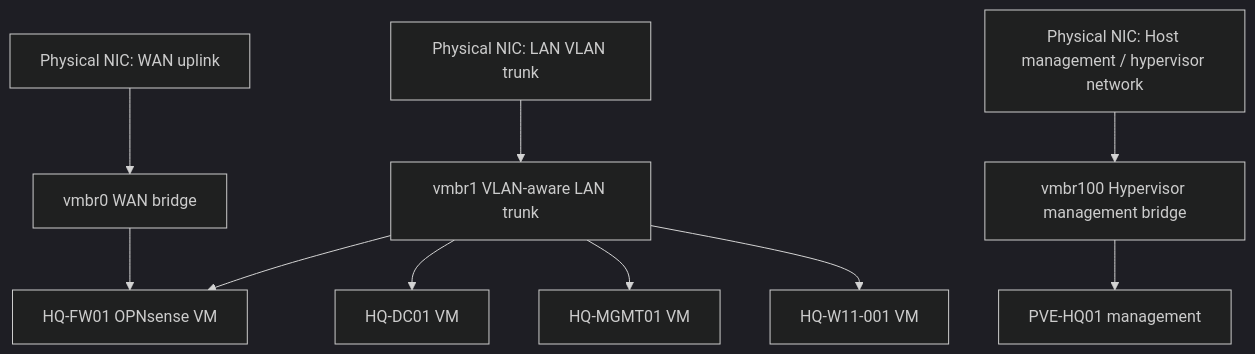
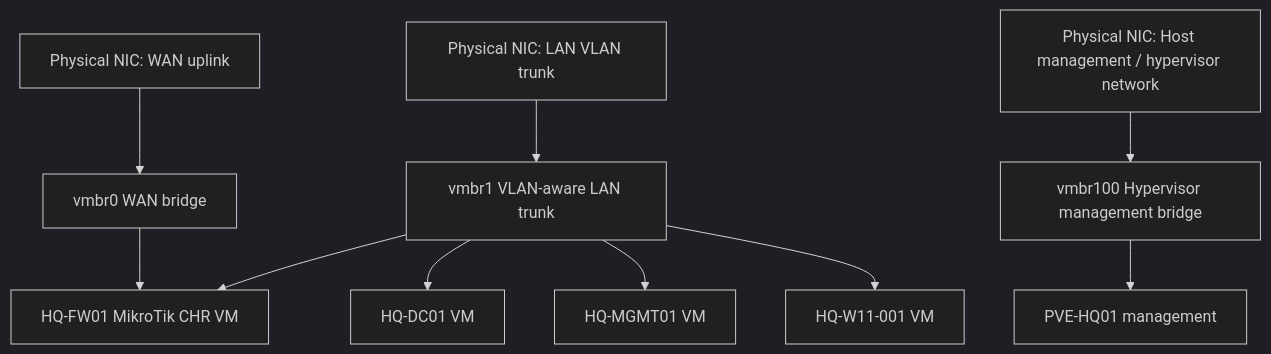
The first of 2 diagrams in docs/platform/proxmox-hq-foundation-lld.md (gntech-dev/geil-enterprise-docs), drawn with Mermaid (dark theme) before and after one commit. The commit also changed other lines of this file and 37 other files, not shown here.

````diff
--- a/docs/platform/proxmox-hq-foundation-lld.md
+++ b/docs/platform/proxmox-hq-foundation-lld.md
@@ -94,22 +94,22 @@
 ```mermaid
 flowchart TD
     NICWAN[Physical NIC: WAN uplink]
     NICTRUNK[Physical NIC: LAN VLAN trunk]
     NICMGMT[Physical NIC: Host management / hypervisor network]
     vmbr0[vmbr0 WAN bridge]
     vmbr1[vmbr1 VLAN-aware LAN trunk]
     vmbr100[vmbr100 Hypervisor management bridge]
-    FW[HQ-FW01 OPNsense VM]
+    FW[HQ-FW01 MikroTik CHR VM]
     DC[HQ-DC01 VM]
     MGMT[HQ-MGMT01 VM]
     W11[HQ-W11-001 VM]
     PVE[PVE-HQ01 management]
 
     NICWAN --> vmbr0 --> FW
     NICTRUNK --> vmbr1
     vmbr1 --> FW
     vmbr1 --> DC
     vmbr1 --> MGMT
     vmbr1 --> W11
     NICMGMT --> vmbr100 --> PVE
 ```
````
